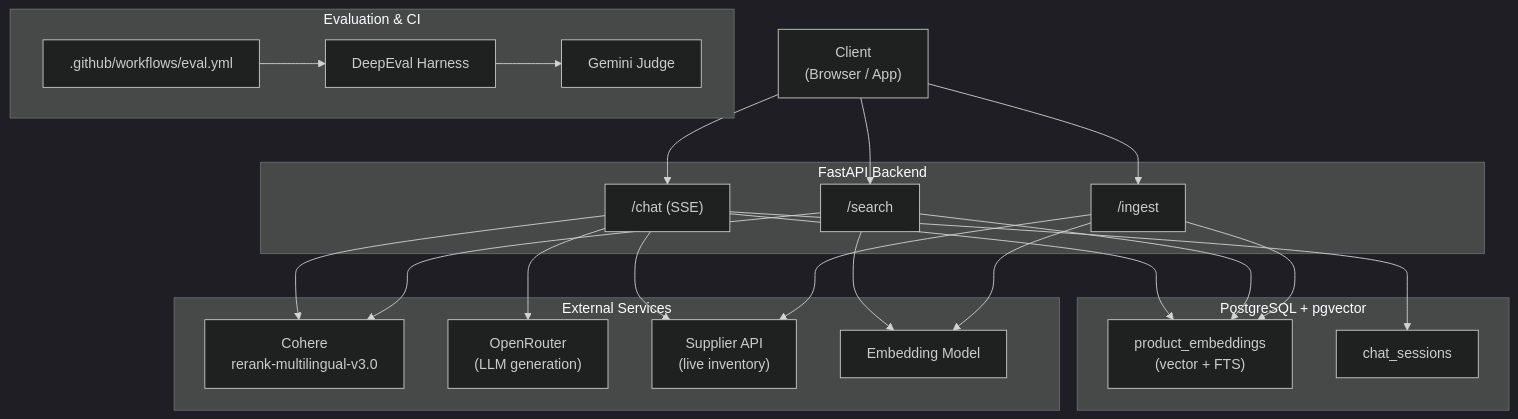
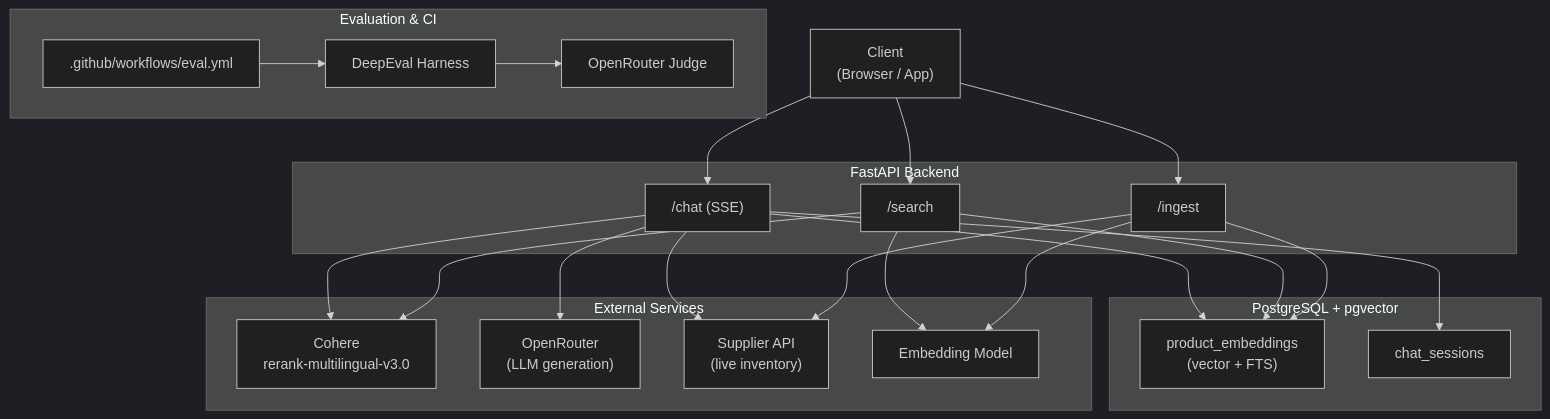
Before and after one commit to yanyetang/nexus-chat-api: the first of 4 diagrams in README.md, drawn with Mermaid (dark theme). The commit also changed other lines of this file and 19 other files, not shown here.

First line of the commit message:
feat: Implement DSPy optimization pipeline and integrate DeepEval metrics

````diff
--- a/README.md
+++ b/README.md
@@ -7,49 +7,49 @@
 ```mermaid
 graph TB
     Client["Client<br/>(Browser / App)"]
 
     subgraph API ["FastAPI Backend"]
         ChatEndpoint["/chat (SSE)"]
         SearchEndpoint["/search"]
         IngestEndpoint["/ingest"]
     end
 
     subgraph Storage ["PostgreSQL + pgvector"]
         PG_Embed["product_embeddings<br/>(vector + FTS)"]
         PG_Sessions["chat_sessions"]
     end
 
     subgraph External ["External Services"]
         Cohere["Cohere<br/>rerank-multilingual-v3.0"]
         LLM["OpenRouter<br/>(LLM generation)"]
         Supplier["Supplier API<br/>(live inventory)"]
         Embedder["Embedding Model"]
     end
 
     subgraph Eval ["Evaluation & CI"]
         DeepEval["DeepEval Harness"]
-        GeminiJudge["Gemini Judge"]
+        OpenRouterJudge["OpenRouter Judge"]
         GHA[".github/workflows/eval.yml"]
     end
 
     Client --> ChatEndpoint
     Client --> SearchEndpoint
     Client --> IngestEndpoint
 
     ChatEndpoint --> PG_Sessions
     ChatEndpoint --> PG_Embed
     ChatEndpoint --> Cohere
     ChatEndpoint --> Supplier
     ChatEndpoint --> LLM
 
     SearchEndpoint --> PG_Embed
     SearchEndpoint --> Embedder
     SearchEndpoint --> Cohere
 
     IngestEndpoint --> Supplier
     IngestEndpoint --> Embedder
     IngestEndpoint --> PG_Embed
 
-    DeepEval --> GeminiJudge
+    DeepEval --> OpenRouterJudge
     GHA --> DeepEval
 ```
````
